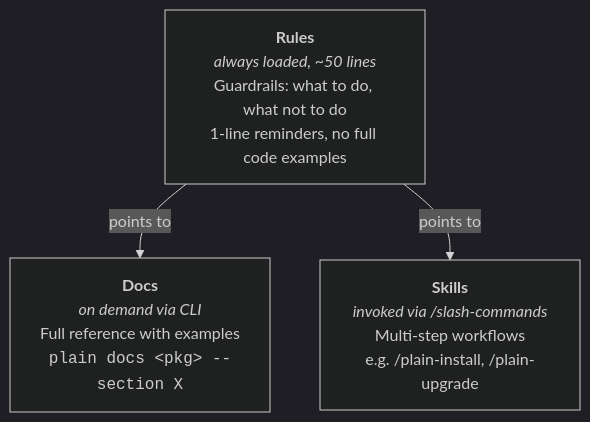
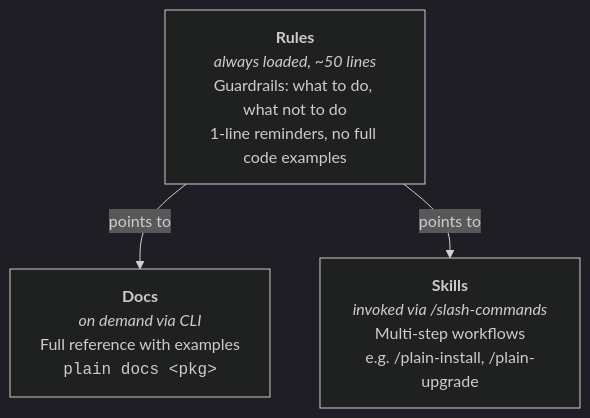
One commit to dropseed/plain changed the diagram in CLAUDE.md. Above: the diagram before and after it, drawn with Mermaid (dark theme). The commit also changed other lines of this file and 11 other files, not shown here.

````diff
--- a/CLAUDE.md
+++ b/CLAUDE.md
@@ -60,9 +60,9 @@
 ```mermaid
 graph TD
     R["<b>Rules</b><br/><i>always loaded, ~50 lines</i><br/>Guardrails: what to do, what not to do<br/>1-line reminders, no full code examples"]
-    D["<b>Docs</b><br/><i>on demand via CLI</i><br/>Full reference with examples<br/><code>plain docs &lt;pkg&gt; --section X</code>"]
+    D["<b>Docs</b><br/><i>on demand via CLI</i><br/>Full reference with examples<br/><code>plain docs &lt;pkg&gt;</code>"]
     S["<b>Skills</b><br/><i>invoked via /slash-commands</i><br/>Multi-step workflows<br/>e.g. /plain-install, /plain-upgrade"]
 
     R -- "points to" --> D
     R -- "points to" --> S
 ```
````
